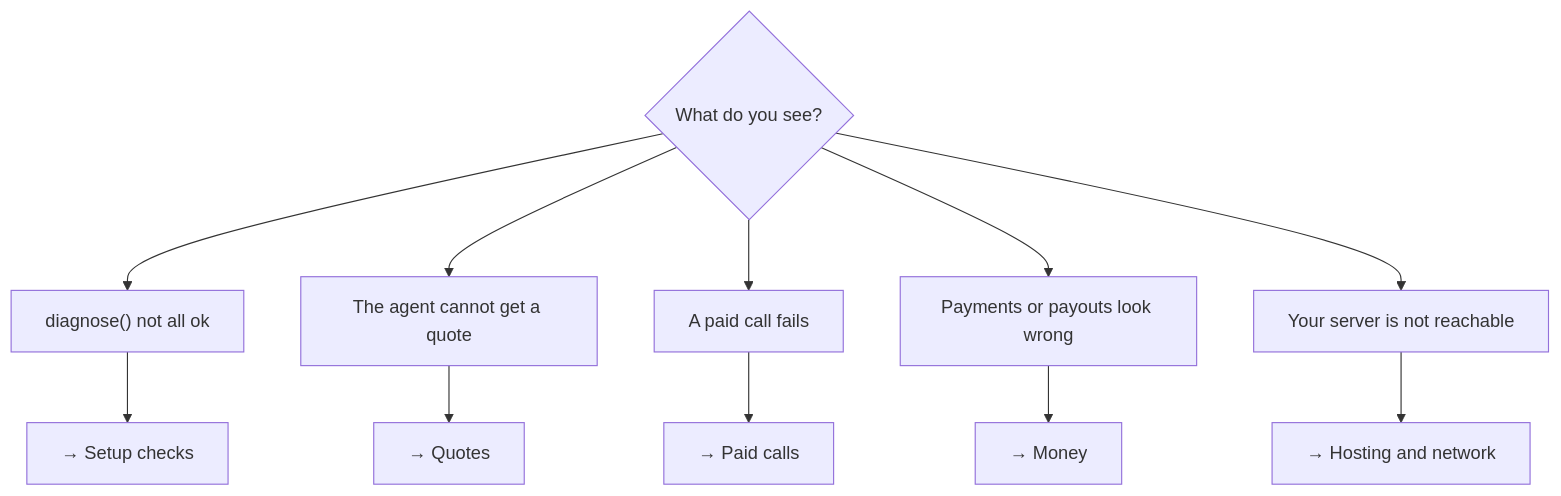
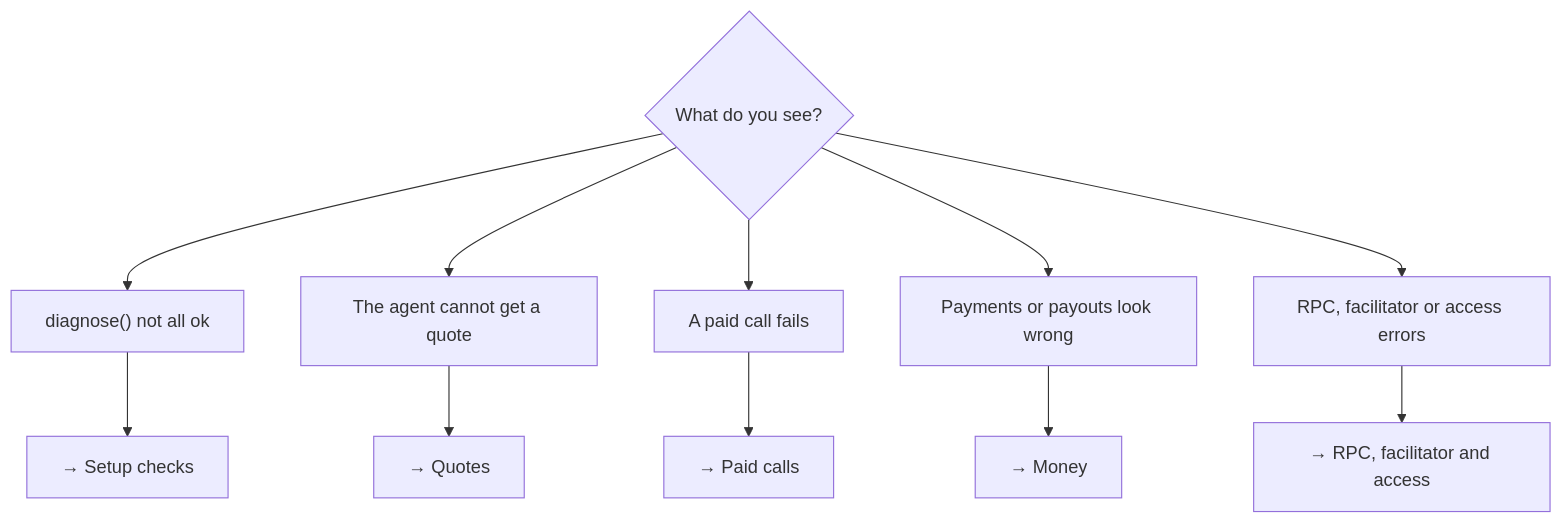
Before and after one commit to mckenziefuk/hagglyai-premium-mcp: the diagram in docs/troubleshooting.md, drawn with Mermaid. The commit also changed other lines of this file and 1 other file, not shown here.

First line of the commit message:
Troubleshooting: drop hosting advice; keep only what Premium depends on

````diff
--- a/docs/troubleshooting.md
+++ b/docs/troubleshooting.md
@@ -6,13 +6,13 @@
 ```mermaid
 flowchart TD
     S{"What do you see?"} --> D["diagnose() not all ok"]
     S --> Q["The agent cannot get a quote"]
     S --> C["A paid call fails"]
     S --> P["Payments or payouts look wrong"]
-    S --> N["Your server is not reachable"]
+    S --> N["RPC, facilitator or access errors"]
     D --> D1["→ Setup checks"]
     Q --> Q1["→ Quotes"]
     C --> C1["→ Paid calls"]
     P --> P1["→ Money"]
-    N --> N1["→ Hosting and network"]
+    N --> N1["→ RPC, facilitator and access"]
 ```
````
